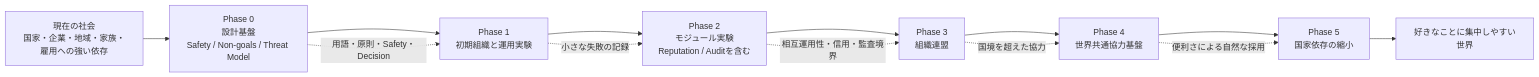
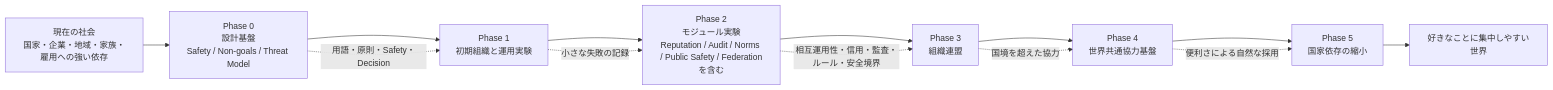
Before and after one commit to acecore-systems/world-foundation: the diagram in assets/diagrams/04-transition-roadmap.md, drawn with Mermaid. The commit also changed 45 other files, not shown here.

````diff
--- a/assets/diagrams/04-transition-roadmap.md
+++ b/assets/diagrams/04-transition-roadmap.md
@@ -5,19 +5,19 @@
 ```mermaid
 flowchart LR
   Current["現在の社会<br/>国家・企業・地域・家族・雇用への強い依存"]
   P0["Phase 0<br/>設計基盤<br/>Safety / Non-goals / Threat Model"]
   P1["Phase 1<br/>初期組織と運用実験"]
-  P2["Phase 2<br/>モジュール実験<br/>Reputation / Auditを含む"]
+  P2["Phase 2<br/>モジュール実験<br/>Reputation / Audit / Norms / Public Safety / Federationを含む"]
   P3["Phase 3<br/>組織連盟"]
   P4["Phase 4<br/>世界共通協力基盤"]
   P5["Phase 5<br/>国家依存の縮小"]
   Future["好きなことに集中しやすい世界"]
 
   Current --> P0 --> P1 --> P2 --> P3 --> P4 --> P5 --> Future
 
   P0 -. "用語・原則・Safety・Decision" .-> P1
   P1 -. "小さな失敗の記録" .-> P2
-  P2 -. "相互運用性・信用・監査境界" .-> P3
+  P2 -. "相互運用性・信用・監査・ルール・安全境界" .-> P3
   P3 -. "国境を超えた協力" .-> P4
   P4 -. "便利さによる自然な採用" .-> P5
 ```
````
